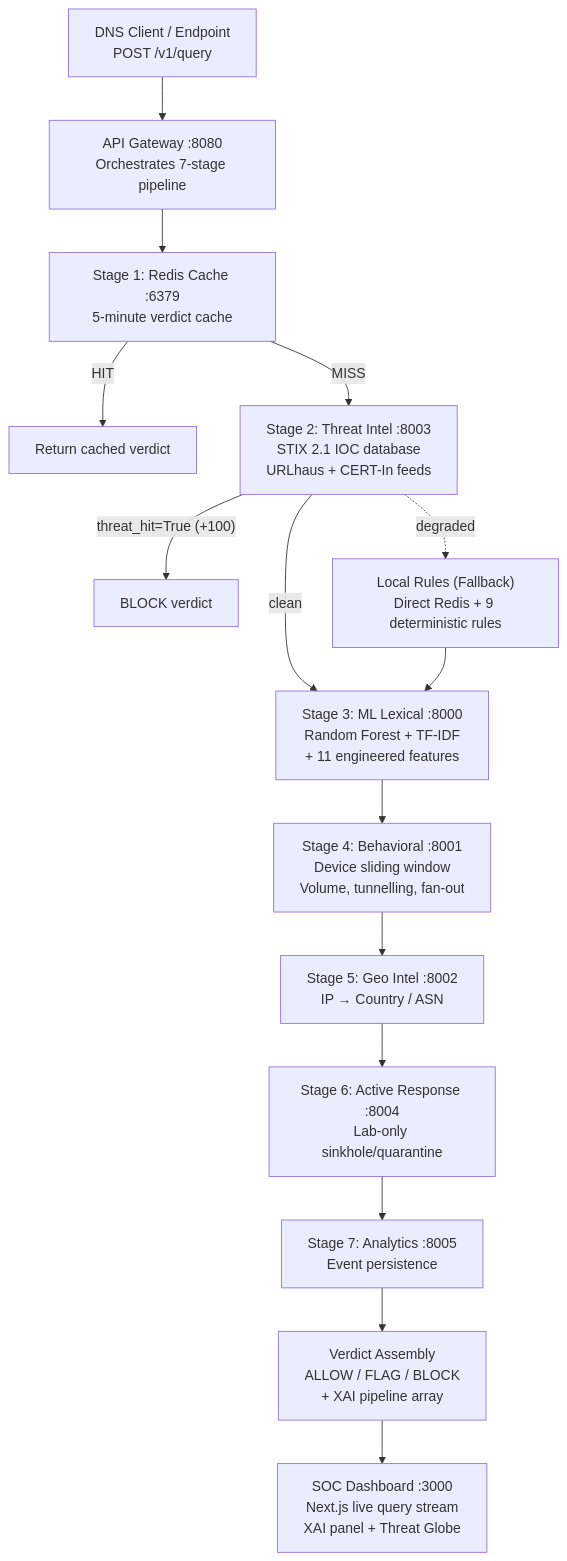
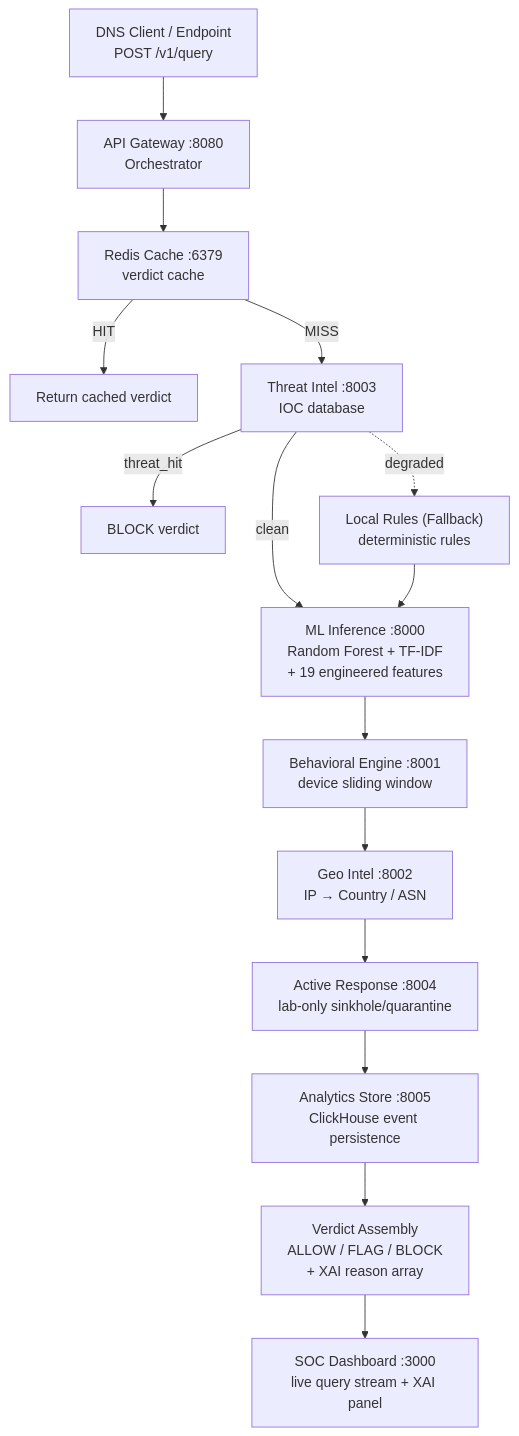
One commit to Kshitiz-Khandelwal/SIH-DNS-wala-proejct changed the diagram in README.md. Above: the diagram before and after it, drawn with Mermaid. The commit also changed other lines of this file and 20 other files, not shown here.

````diff
--- a/README.md
+++ b/README.md
@@ -73,22 +72,22 @@
 ```mermaid
 graph TD
-    CLIENT["DNS Client / Endpoint<br/>POST /v1/query"] --> GW["API Gateway :8080<br/>Orchestrates 7-stage pipeline"]
+    CLIENT["DNS Client / Endpoint<br/>POST /v1/query"] --> GW["API Gateway :8080<br/>Orchestrator"]
 
-    GW --> CACHE["Stage 1: Redis Cache :6379<br/>5-minute verdict cache"]
+    GW --> CACHE["Redis Cache :6379<br/>verdict cache"]
     CACHE -- "HIT" --> RESP["Return cached verdict"]
-    CACHE -- "MISS" --> TI["Stage 2: Threat Intel :8003<br/>STIX 2.1 IOC database<br/>URLhaus + CERT-In feeds"]
+    CACHE -- "MISS" --> TI["Threat Intel :8003<br/>IOC database"]
 
-    TI -- "threat_hit=True (+100)" --> BLOCK["BLOCK verdict"]
-    TI -- "clean" --> ML["Stage 3: ML Lexical :8000<br/>Random Forest + TF-IDF<br/>+ 11 engineered features"]
+    TI -- "threat_hit" --> BLOCK["BLOCK verdict"]
+    TI -- "clean" --> ML["ML Inference :8000<br/>Random Forest + TF-IDF<br/>+ 19 engineered features"]
 
-    TI -. "degraded" .-> LR["Local Rules (Fallback)<br/>Direct Redis + 9 deterministic rules"]
+    TI -. "degraded" .-> LR["Local Rules (Fallback)<br/>deterministic rules"]
     LR --> ML
 
-    ML --> BEH["Stage 4: Behavioral :8001<br/>Device sliding window<br/>Volume, tunnelling, fan-out"]
-    BEH --> GEO["Stage 5: Geo Intel :8002<br/>IP → Country / ASN"]
-    GEO --> AR["Stage 6: Active Response :8004<br/>Lab-only sinkhole/quarantine"]
-    AR --> ANL["Stage 7: Analytics :8005<br/>Event persistence"]
+    ML --> BEH["Behavioral Engine :8001<br/>device sliding window"]
+    BEH --> GEO["Geo Intel :8002<br/>IP → Country / ASN"]
+    GEO --> AR["Active Response :8004<br/>lab-only sinkhole/quarantine"]
+    AR --> ANL["Analytics Store :8005<br/>ClickHouse event persistence"]
 
-    ANL --> VERDICT["Verdict Assembly<br/>ALLOW / FLAG / BLOCK<br/>+ XAI pipeline array"]
-    VERDICT --> DASH["SOC Dashboard :3000<br/>Next.js live query stream<br/>XAI panel + Threat Globe"]
+    ANL --> VERDICT["Verdict Assembly<br/>ALLOW / FLAG / BLOCK<br/>+ XAI reason array"]
+    VERDICT --> DASH["SOC Dashboard :3000<br/>live query stream + XAI panel"]
 ```
````
